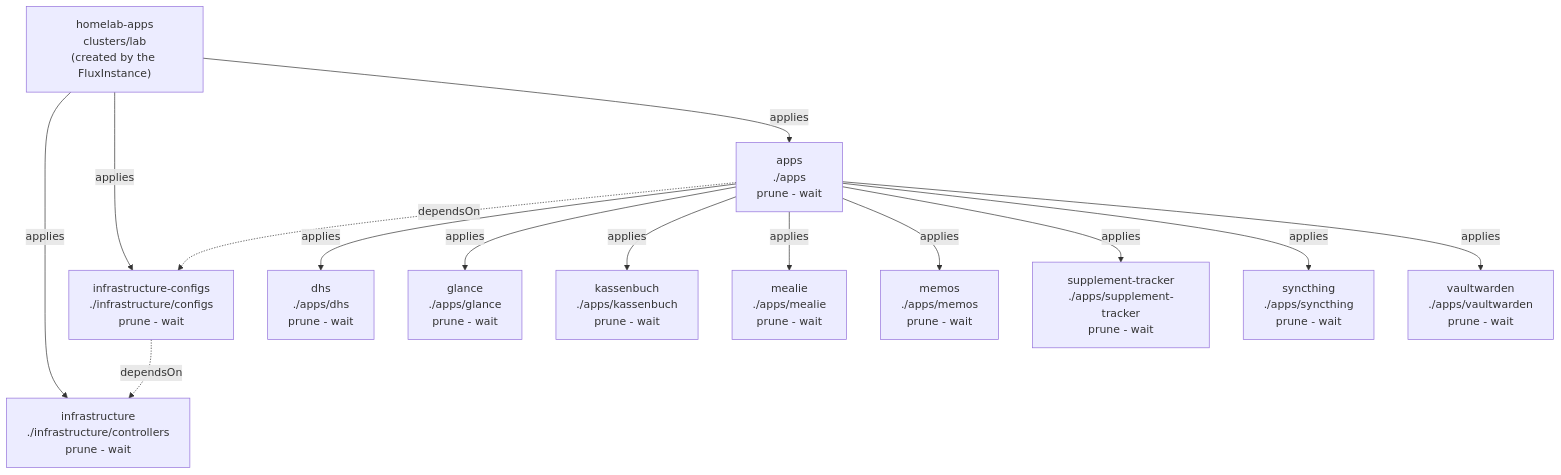
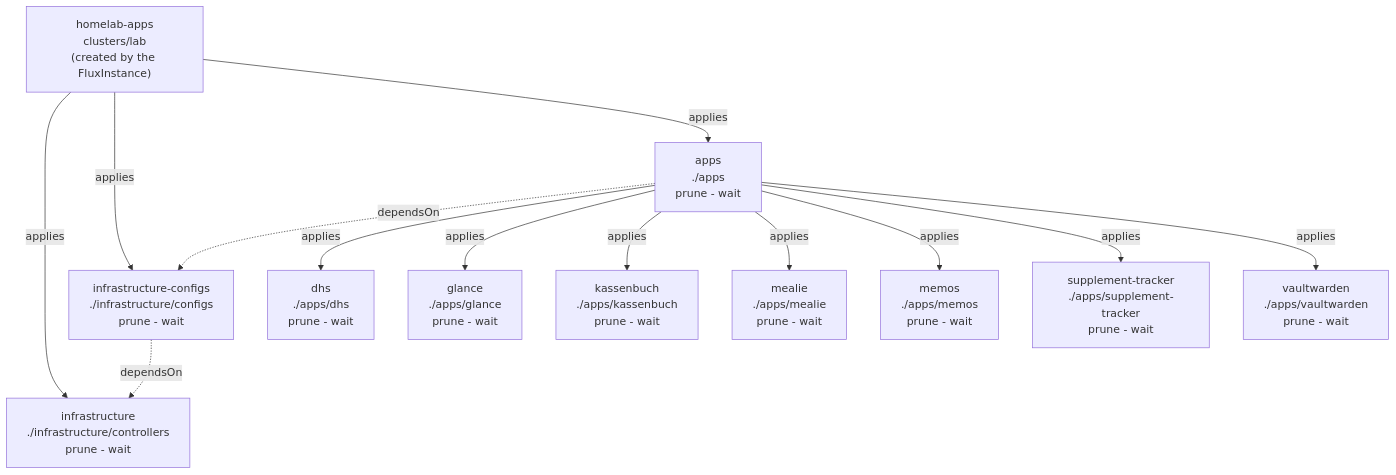
One commit to Sojamann/homelab-apps changed the diagram in README.md. Above: the diagram before and after it, drawn with Mermaid. The commit also changed other lines of this file and 13 other files, not shown here.

````diff
--- a/README.md
+++ b/README.md
@@ -17,20 +17,19 @@
 ```mermaid
 graph TD
   ROOT["homelab-apps<br/>clusters/lab<br/>(created by the FluxInstance)"]
 
   ROOT -->|applies| INFRA["infrastructure<br/>./infrastructure/controllers<br/>prune - wait"]
   ROOT -->|applies| CFG["infrastructure-configs<br/>./infrastructure/configs<br/>prune - wait"]
   ROOT -->|applies| APPS["apps<br/>./apps<br/>prune - wait"]
 
   CFG -.->|dependsOn| INFRA
   APPS -.->|dependsOn| CFG
 
   APPS -->|applies| DH["dhs<br/>./apps/dhs<br/>prune - wait"]
   APPS -->|applies| GL["glance<br/>./apps/glance<br/>prune - wait"]
   APPS -->|applies| KB["kassenbuch<br/>./apps/kassenbuch<br/>prune - wait"]
   APPS -->|applies| ML["mealie<br/>./apps/mealie<br/>prune - wait"]
   APPS -->|applies| MM["memos<br/>./apps/memos<br/>prune - wait"]
   APPS -->|applies| ST["supplement-tracker<br/>./apps/supplement-tracker<br/>prune - wait"]
-  APPS -->|applies| SY["syncthing<br/>./apps/syncthing<br/>prune - wait"]
   APPS -->|applies| VW["vaultwarden<br/>./apps/vaultwarden<br/>prune - wait"]
 ```
````
